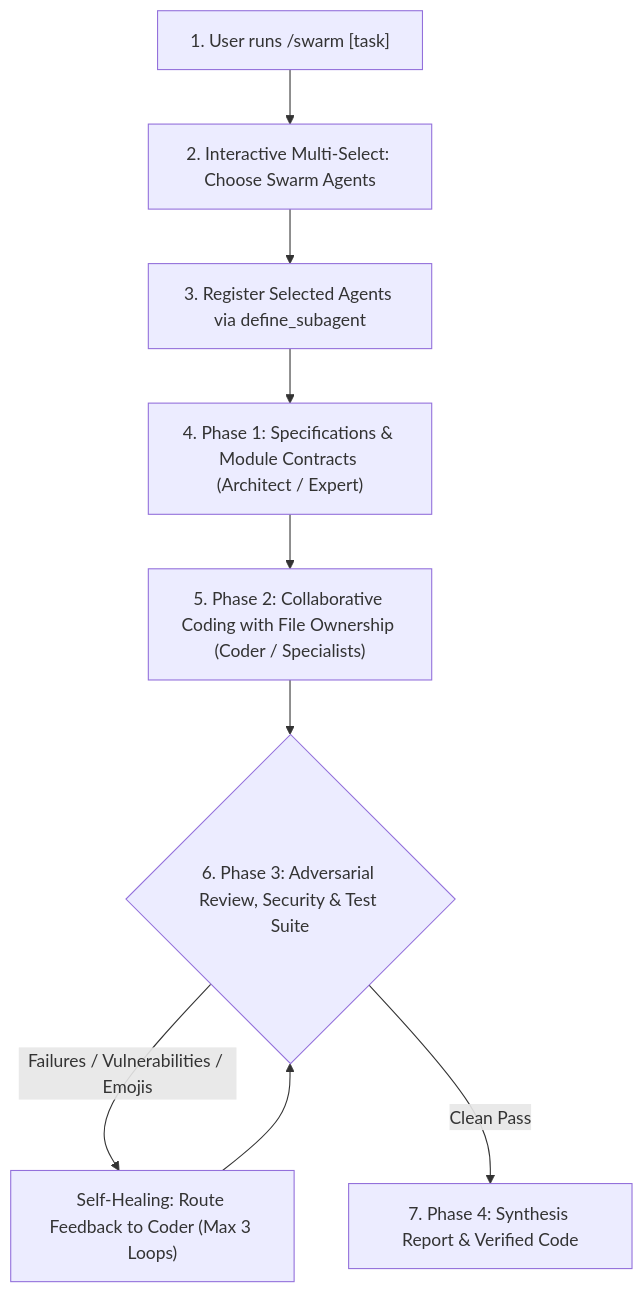
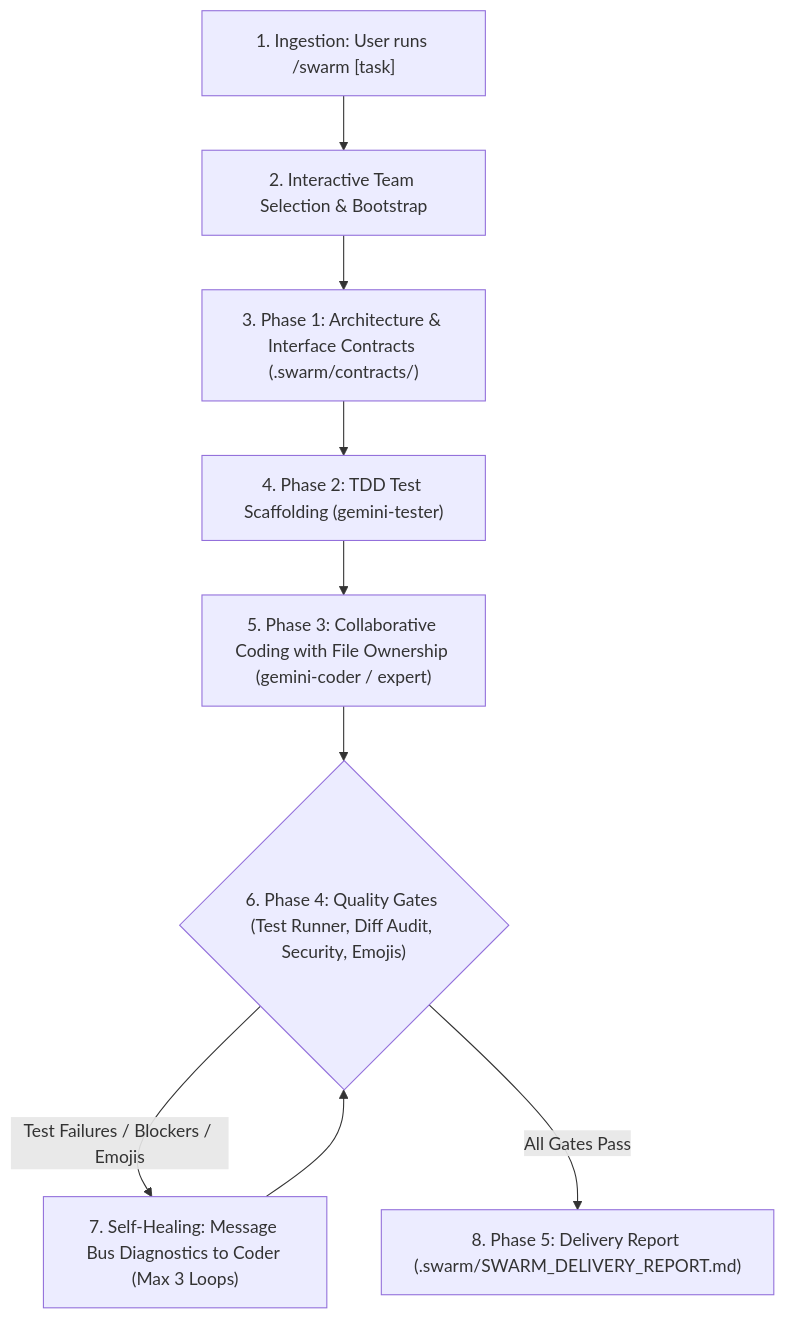
The diagram in SKILL.md (berlin-566/-agents), drawn with Mermaid before and after one commit. The commit also changed other lines of this file and 12 other files, not shown here.

Commit message:
feat: upgrade /swarm to autonomous multi-agent engineering team with live subagent coding, inter-agent bus, and automated quality gates

````diff
--- a/SKILL.md
+++ b/SKILL.md
@@ -70,11 +56,11 @@
 ```mermaid
 flowchart TD
-    Trigger["1. User runs /swarm [task]"] --> Select["2. Interactive Multi-Select: Choose Swarm Agents"]
-    Select --> Register["3. Register Selected Agents via define_subagent"]
-    Register --> Spec["4. Phase 1: Specifications & Module Contracts (Architect / Expert)"]
-    Spec --> Code["5. Phase 2: Collaborative Coding with File Ownership (Coder / Specialists)"]
-    Code --> Audit{"6. Phase 3: Adversarial Review, Security & Test Suite"}
-    Audit -- "Failures / Vulnerabilities / Emojis" --> SelfHeal["Self-Healing: Route Feedback to Coder (Max 3 Loops)"]
-    SelfHeal --> Audit
-    Audit -- "Clean Pass" --> Report["7. Phase 4: Synthesis Report & Verified Code"]
+    Trigger["1. Ingestion: User runs /swarm [task]"] --> Select["2. Interactive Team Selection & Bootstrap"]
+    Select --> Spec["3. Phase 1: Architecture & Interface Contracts (.swarm/contracts/)"]
+    Spec --> TDD["4. Phase 2: TDD Test Scaffolding (gemini-tester)"]
+    TDD --> Code["5. Phase 3: Collaborative Coding with File Ownership (gemini-coder / expert)"]
+    Code --> Gates{"6. Phase 4: Quality Gates (Test Runner, Diff Audit, Security, Emojis)"}
+    Gates -- "Test Failures / Blockers / Emojis" --> Heal["7. Self-Healing: Message Bus Diagnostics to Coder (Max 3 Loops)"]
+    Heal --> Gates
+    Gates -- "All Gates Pass" --> Delivery["8. Phase 5: Delivery Report (.swarm/SWARM_DELIVERY_REPORT.md)"]
 ```
````
